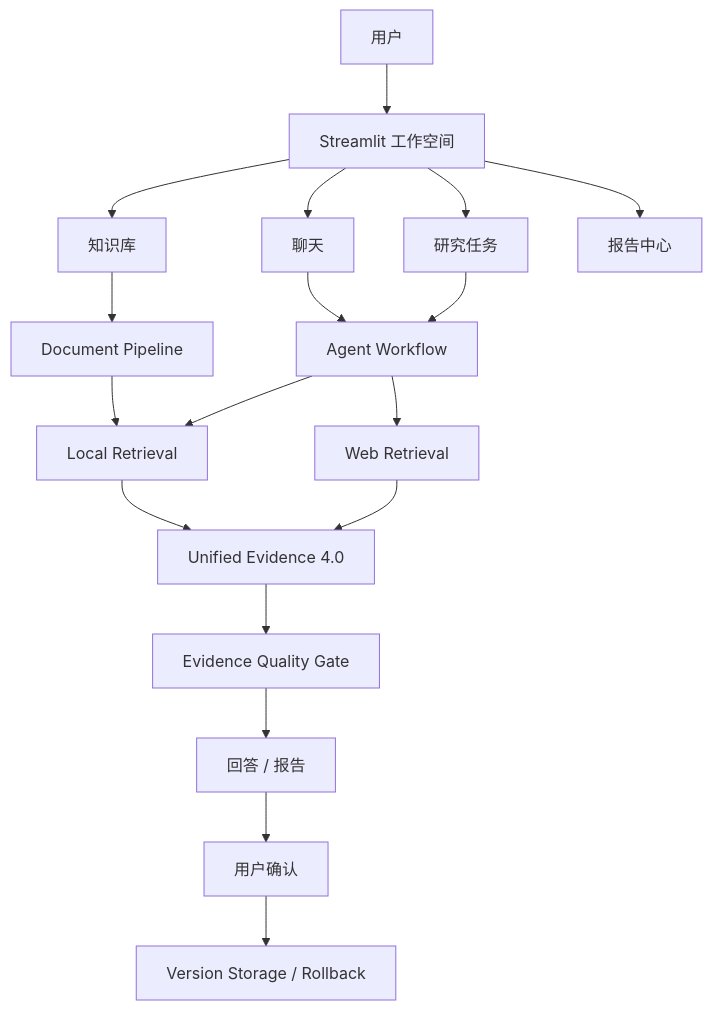
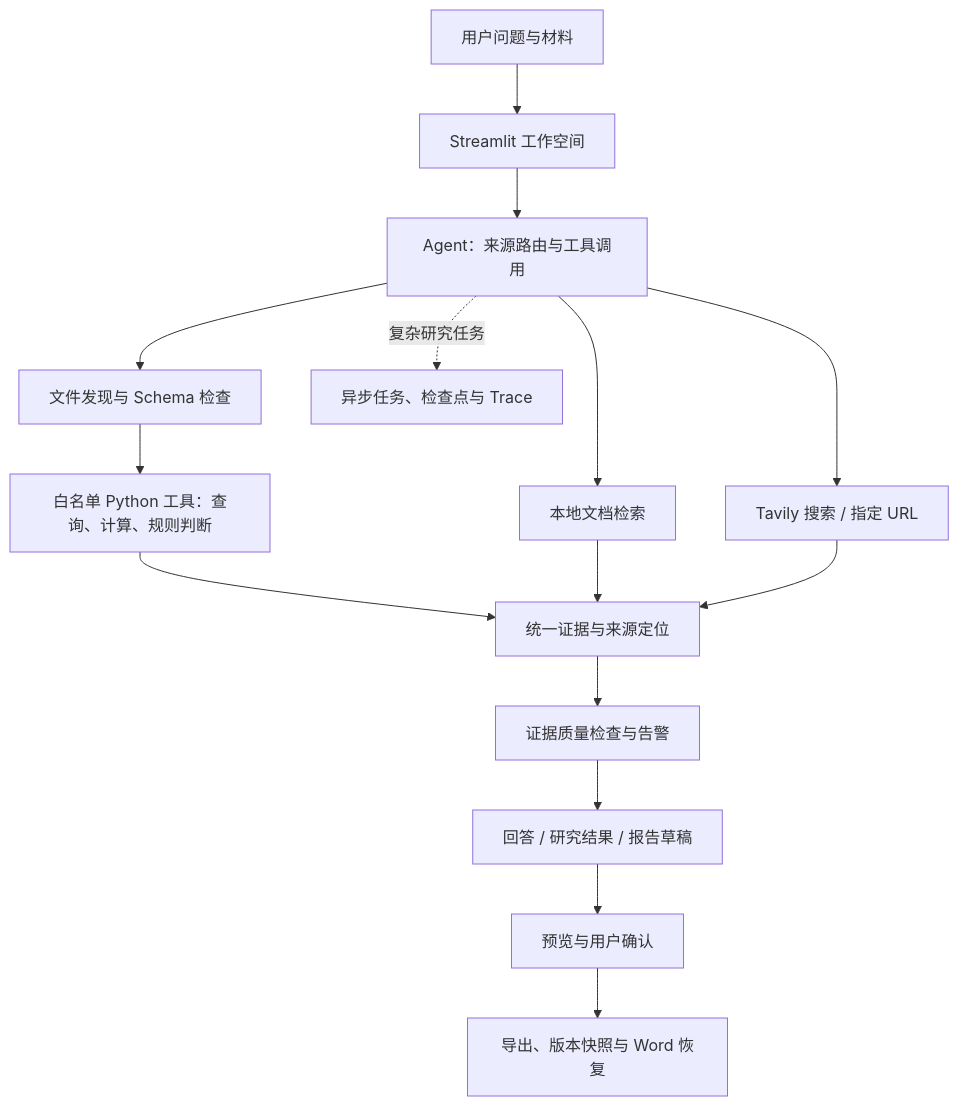
The diagram in README.md (Frodo2875/SDA), drawn with Mermaid before and after one commit. The commit also changed other lines of this file and 17 other files, not shown here.

Commit message:
Fix agent workflows and document verified capabilities

````diff
--- a/README.md
+++ b/README.md
@@ -38,20 +41,17 @@
 ```mermaid
 flowchart TD
-    U[用户] --> UI[Streamlit 工作空间]
-    UI --> K[知识库]
-    UI --> C[聊天]
-    UI --> T[研究任务]
-    UI --> R[报告中心]
-    K --> D[Document Pipeline]
-    C --> A[Agent Workflow]
-    T --> A
-    D --> L[Local Retrieval]
-    A --> L
-    A --> W[Web Retrieval]
-    L --> E[Unified Evidence 4.0]
+    U[用户问题与材料] --> UI[Streamlit 工作空间]
+    UI --> A[Agent：来源路由与工具调用]
+    A --> D[文件发现与 Schema 检查]
+    D --> P[白名单 Python 工具：查询、计算、规则判断]
+    A --> L[本地文档检索]
+    A --> W[Tavily 搜索 / 指定 URL]
+    P --> E[统一证据与来源定位]
+    L --> E
     W --> E
-    E --> Q[Evidence Quality Gate]
-    Q --> O[回答 / 报告]
-    O --> P[用户确认]
-    P --> V[Version Storage / Rollback]
+    E --> Q[证据质量检查与告警]
+    Q --> O[回答 / 研究结果 / 报告草稿]
+    O --> C[预览与用户确认]
+    C --> V[导出、版本快照与 Word 恢复]
+    A -.复杂研究任务.-> T[异步任务、检查点与 Trace]
 ```
````
